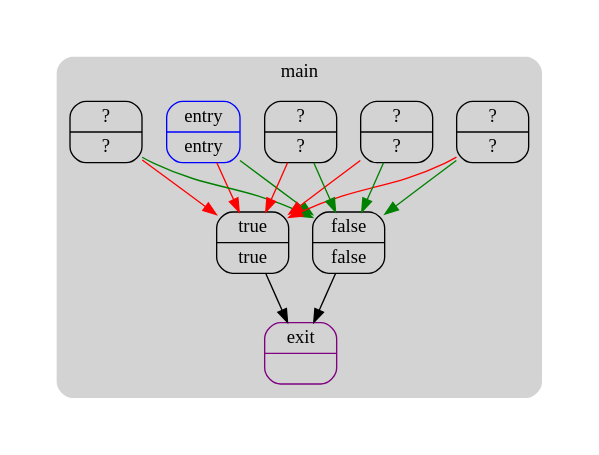
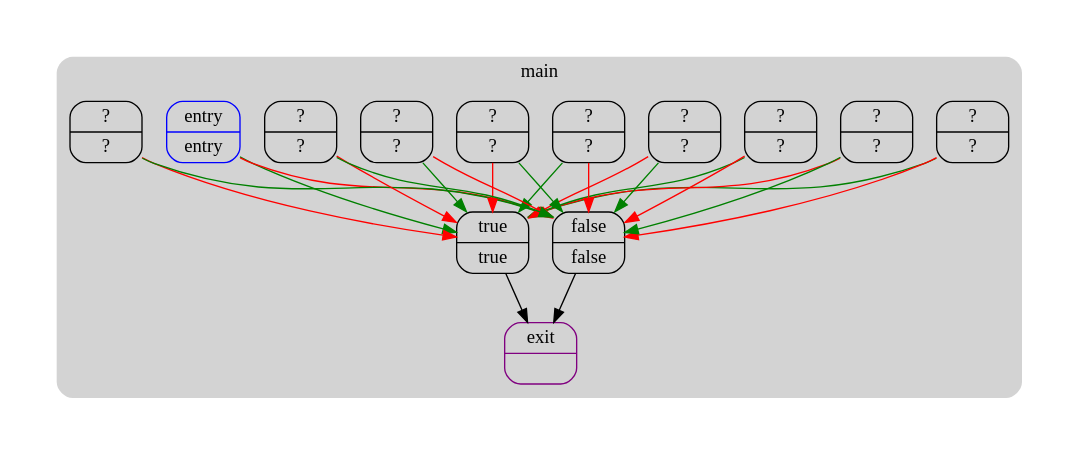
The diagram in playground/unlabeled-bbs.domsets.dot (UnsignedByte/6120), drawn with Graphviz before and after one commit. The commit also changed 122 other files, not shown here.

```diff
--- a/playground/unlabeled-bbs.domsets.dot
+++ b/playground/unlabeled-bbs.domsets.dot
@@ -1,37 +1,52 @@
 digraph G {
   compound=true
   subgraph cluster_ {
     peripheries=0
     subgraph cluster_0_wrapper {
       peripheries=0
       margin=15
       subgraph cluster_0 {
         label="main"
         color=darkgray
         style=rounded
         bgcolor=lightgray
         margin=10
         cluster_0_0[label="{entry|entry}",shape=Mrecord,color=blue]
         cluster_0_1[label="{?|?}",shape=Mrecord,color=black]
         cluster_0_2[label="{?|?}",shape=Mrecord,color=black]
         cluster_0_3[label="{?|?}",shape=Mrecord,color=black]
         cluster_0_4[label="{?|?}",shape=Mrecord,color=black]
-        cluster_0_5[label="{true|true}",shape=Mrecord,color=black]
-        cluster_0_6[label="{false|false}",shape=Mrecord,color=black]
+        cluster_0_5[label="{?|?}",shape=Mrecord,color=black]
+        cluster_0_6[label="{?|?}",shape=Mrecord,color=black]
+        cluster_0_7[label="{?|?}",shape=Mrecord,color=black]
+        cluster_0_8[label="{?|?}",shape=Mrecord,color=black]
+        cluster_0_9[label="{?|?}",shape=Mrecord,color=black]
+        cluster_0_10[label="{true|true}",shape=Mrecord,color=black]
+        cluster_0_11[label="{false|false}",shape=Mrecord,color=black]
         cluster_0_exit[label="{exit|}",shape=Mrecord,color=purple]
-        cluster_0_0 -> cluster_0_6 [color=green]
-        cluster_0_0 -> cluster_0_5 [color=red]
-        cluster_0_1 -> cluster_0_6 [color=green]
-        cluster_0_1 -> cluster_0_5 [color=red]
-        cluster_0_2 -> cluster_0_6 [color=green]
-        cluster_0_2 -> cluster_0_5 [color=red]
-        cluster_0_3 -> cluster_0_6 [color=green]
-        cluster_0_3 -> cluster_0_5 [color=red]
-        cluster_0_4 -> cluster_0_6 [color=green]
-        cluster_0_4 -> cluster_0_5 [color=red]
-        cluster_0_5 -> cluster_0_exit [color=black]
-        cluster_0_6 -> cluster_0_exit [color=black]
+        cluster_0_0 -> cluster_0_10 [color=green]
+        cluster_0_0 -> cluster_0_11 [color=red]
+        cluster_0_1 -> cluster_0_11 [color=green]
+        cluster_0_1 -> cluster_0_10 [color=red]
+        cluster_0_2 -> cluster_0_10 [color=green]
+        cluster_0_2 -> cluster_0_11 [color=red]
+        cluster_0_3 -> cluster_0_11 [color=green]
+        cluster_0_3 -> cluster_0_10 [color=red]
+        cluster_0_4 -> cluster_0_10 [color=green]
+        cluster_0_4 -> cluster_0_11 [color=red]
+        cluster_0_5 -> cluster_0_11 [color=green]
+        cluster_0_5 -> cluster_0_10 [color=red]
+        cluster_0_6 -> cluster_0_10 [color=green]
+        cluster_0_6 -> cluster_0_11 [color=red]
+        cluster_0_7 -> cluster_0_11 [color=green]
+        cluster_0_7 -> cluster_0_10 [color=red]
+        cluster_0_8 -> cluster_0_10 [color=green]
+        cluster_0_8 -> cluster_0_11 [color=red]
+        cluster_0_9 -> cluster_0_11 [color=green]
+        cluster_0_9 -> cluster_0_10 [color=red]
+        cluster_0_10 -> cluster_0_exit [color=black]
+        cluster_0_11 -> cluster_0_exit [color=black]
       }
     }
   }
 }
```
